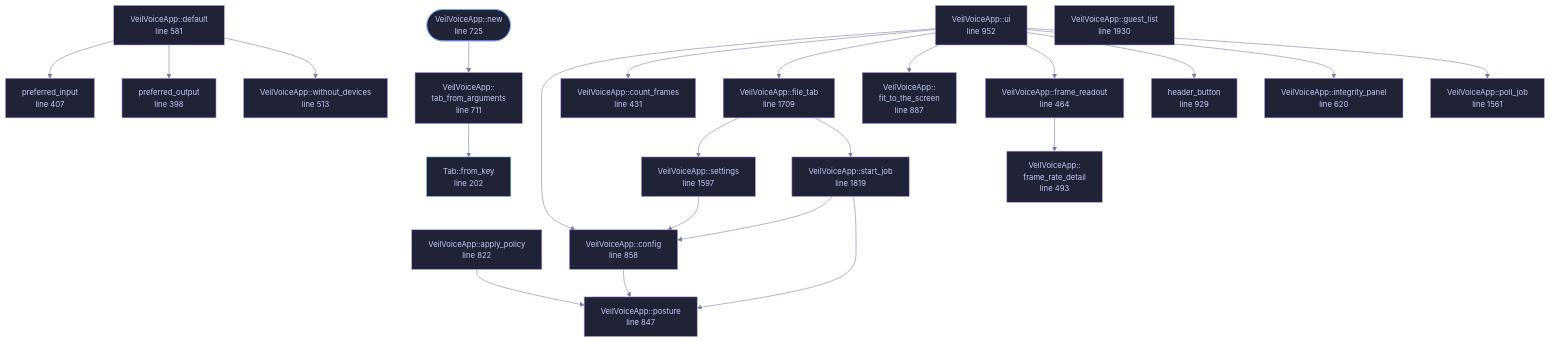
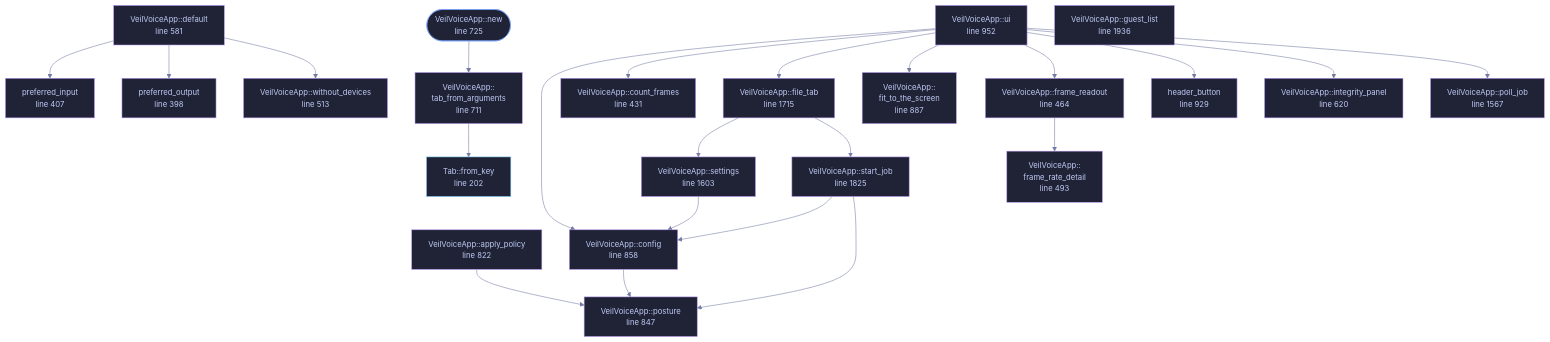
One commit to tilas01/veilvoice changed the diagram in docs/files/veilvoice-gui/app.md. Above: the diagram before and after it, drawn with Mermaid. The commit also changed other lines of this file and 57 other files, not shown here.

````diff
--- a/docs/files/veilvoice-gui/app.md
+++ b/docs/files/veilvoice-gui/app.md
@@ -192,75 +192,75 @@
 ```mermaid
 %%{init: {"theme":"base","themeVariables":{"background":"#1a1b26","primaryColor":"#1f2335","primaryTextColor":"#c0caf5","primaryBorderColor":"#7aa2f7","secondaryColor":"#16161e","tertiaryColor":"#16161e","lineColor":"#737aa2","textColor":"#c0caf5","mainBkg":"#1f2335","nodeBorder":"#7aa2f7","clusterBkg":"#16161e","clusterBorder":"#2f3549","fontFamily":"ui-monospace, SFMono-Regular, Consolas, monospace","fontSize":"14px"}}}%%
 flowchart TD
     n_from_key["Tab::from_key<br/>line 202"]
     n_preferred_output["preferred_output<br/>line 398"]
     n_preferred_input["preferred_input<br/>line 407"]
     n_count_frames["VeilVoiceApp::count_frames<br/>line 431"]
     n_frame_readout["VeilVoiceApp::frame_readout<br/>line 464"]
     n_frame_rate_detail["VeilVoiceApp::<br/>frame_rate_detail<br/>line 493"]
     n_without_devices["VeilVoiceApp::without_devices<br/>line 513"]
     n_default["VeilVoiceApp::default<br/>line 581"]
     n_integrity_panel["VeilVoiceApp::integrity_panel<br/>line 620"]
     n_tab_from_arguments["VeilVoiceApp::<br/>tab_from_arguments<br/>line 711"]
     n_new(["VeilVoiceApp::new<br/>line 725"])
     n_apply_policy["VeilVoiceApp::apply_policy<br/>line 822"]
     n_posture["VeilVoiceApp::posture<br/>line 847"]
     n_config["VeilVoiceApp::config<br/>line 858"]
     n_fit_to_the_screen["VeilVoiceApp::<br/>fit_to_the_screen<br/>line 887"]
     n_header_button["header_button<br/>line 929"]
     n_ui["VeilVoiceApp::ui<br/>line 952"]
-    n_poll_job["VeilVoiceApp::poll_job<br/>line 1561"]
-    n_settings["VeilVoiceApp::settings<br/>line 1597"]
-    n_file_tab["VeilVoiceApp::file_tab<br/>line 1709"]
-    n_start_job["VeilVoiceApp::start_job<br/>line 1819"]
-    n_guest_list["VeilVoiceApp::guest_list<br/>line 1930"]
+    n_poll_job["VeilVoiceApp::poll_job<br/>line 1567"]
+    n_settings["VeilVoiceApp::settings<br/>line 1603"]
+    n_file_tab["VeilVoiceApp::file_tab<br/>line 1715"]
+    n_start_job["VeilVoiceApp::start_job<br/>line 1825"]
+    n_guest_list["VeilVoiceApp::guest_list<br/>line 1936"]
     n_apply_policy --> n_posture
     n_config --> n_posture
     n_default --> n_preferred_input
     n_default --> n_preferred_output
     n_default --> n_without_devices
     n_file_tab --> n_settings
     n_file_tab --> n_start_job
     n_frame_readout --> n_frame_rate_detail
     n_new --> n_tab_from_arguments
     n_settings --> n_config
     n_start_job --> n_config
     n_start_job --> n_posture
     n_tab_from_arguments --> n_from_key
     n_ui --> n_config
     n_ui --> n_count_frames
     n_ui --> n_file_tab
     n_ui --> n_fit_to_the_screen
     n_ui --> n_frame_readout
     n_ui --> n_header_button
     n_ui --> n_integrity_panel
     n_ui --> n_poll_job
     click n_from_key href "https://github.com/tilas01/veilvoice/blob/main/crates/veilvoice-gui/src/app.rs#L202" "open the source"
     click n_preferred_output href "https://github.com/tilas01/veilvoice/blob/main/crates/veilvoice-gui/src/app.rs#L398" "open the source"
     click n_preferred_input href "https://github.com/tilas01/veilvoice/blob/main/crates/veilvoice-gui/src/app.rs#L407" "open the source"
     click n_count_frames href "https://github.com/tilas01/veilvoice/blob/main/crates/veilvoice-gui/src/app.rs#L431" "open the source"
     click n_frame_readout href "https://github.com/tilas01/veilvoice/blob/main/crates/veilvoice-gui/src/app.rs#L464" "open the source"
     click n_frame_rate_detail href "https://github.com/tilas01/veilvoice/blob/main/crates/veilvoice-gui/src/app.rs#L493" "open the source"
     click n_without_devices href "https://github.com/tilas01/veilvoice/blob/main/crates/veilvoice-gui/src/app.rs#L513" "open the source"
     click n_default href "https://github.com/tilas01/veilvoice/blob/main/crates/veilvoice-gui/src/app.rs#L581" "open the source"
     click n_integrity_panel href "https://github.com/tilas01/veilvoice/blob/main/crates/veilvoice-gui/src/app.rs#L620" "open the source"
     click n_tab_from_arguments href "https://github.com/tilas01/veilvoice/blob/main/crates/veilvoice-gui/src/app.rs#L711" "open the source"
     click n_new href "https://github.com/tilas01/veilvoice/blob/main/crates/veilvoice-gui/src/app.rs#L725" "open the source"
     click n_apply_policy href "https://github.com/tilas01/veilvoice/blob/main/crates/veilvoice-gui/src/app.rs#L822" "open the source"
     click n_posture href "https://github.com/tilas01/veilvoice/blob/main/crates/veilvoice-gui/src/app.rs#L847" "open the source"
     click n_config href "https://github.com/tilas01/veilvoice/blob/main/crates/veilvoice-gui/src/app.rs#L858" "open the source"
     click n_fit_to_the_screen href "https://github.com/tilas01/veilvoice/blob/main/crates/veilvoice-gui/src/app.rs#L887" "open the source"
     click n_header_button href "https://github.com/tilas01/veilvoice/blob/main/crates/veilvoice-gui/src/app.rs#L929" "open the source"
     click n_ui href "https://github.com/tilas01/veilvoice/blob/main/crates/veilvoice-gui/src/app.rs#L952" "open the source"
-    click n_poll_job href "https://github.com/tilas01/veilvoice/blob/main/crates/veilvoice-gui/src/app.rs#L1561" "open the source"
-    click n_settings href "https://github.com/tilas01/veilvoice/blob/main/crates/veilvoice-gui/src/app.rs#L1597" "open the source"
-    click n_file_tab href "https://github.com/tilas01/veilvoice/blob/main/crates/veilvoice-gui/src/app.rs#L1709" "open the source"
-    click n_start_job href "https://github.com/tilas01/veilvoice/blob/main/crates/veilvoice-gui/src/app.rs#L1819" "open the source"
-    click n_guest_list href "https://github.com/tilas01/veilvoice/blob/main/crates/veilvoice-gui/src/app.rs#L1930" "open the source"
+    click n_poll_job href "https://github.com/tilas01/veilvoice/blob/main/crates/veilvoice-gui/src/app.rs#L1567" "open the source"
+    click n_settings href "https://github.com/tilas01/veilvoice/blob/main/crates/veilvoice-gui/src/app.rs#L1603" "open the source"
+    click n_file_tab href "https://github.com/tilas01/veilvoice/blob/main/crates/veilvoice-gui/src/app.rs#L1715" "open the source"
+    click n_start_job href "https://github.com/tilas01/veilvoice/blob/main/crates/veilvoice-gui/src/app.rs#L1825" "open the source"
+    click n_guest_list href "https://github.com/tilas01/veilvoice/blob/main/crates/veilvoice-gui/src/app.rs#L1936" "open the source"
     classDef entry fill:#1f2335,stroke:#7aa2f7,color:#c0caf5
     class n_new entry
     classDef api fill:#1f2335,stroke:#7dcfff,color:#c0caf5
     class n_from_key api
     classDef helper fill:#1f2335,stroke:#bb9af7,color:#c0caf5
     class n_preferred_output,n_preferred_input,n_count_frames,n_frame_readout,n_frame_rate_detail,n_without_devices,n_default,n_integrity_panel,n_tab_from_arguments,n_apply_policy,n_posture,n_config,n_fit_to_the_screen,n_header_button,n_ui,n_poll_job,n_settings,n_file_tab,n_start_job,n_guest_list helper
 ```
````
